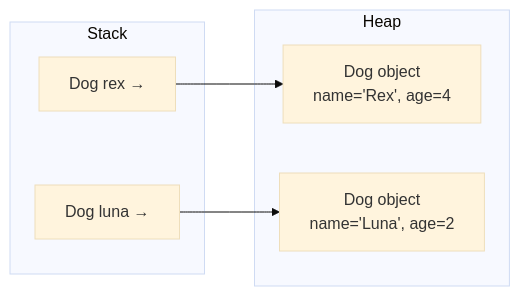
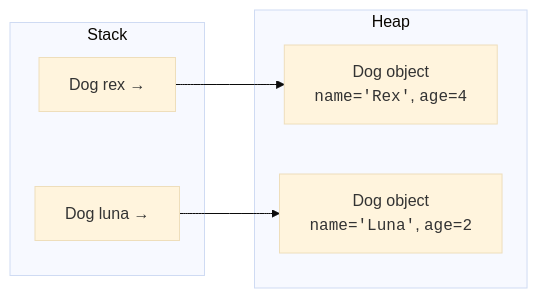
Before and after one commit to dataslope/dataslope: the second of 3 diagrams in content/learn/java-programming-for-beginners/classes-and-objects.mdx, drawn with Mermaid (base theme). The commit also changed 100 other files, not shown here.

First line of the commit message:
Wrap more code in diagram labels: filenames, hex, assignments, subgraph titles

````diff
--- a/content/learn/java-programming-for-beginners/classes-and-objects.mdx
+++ b/content/learn/java-programming-for-beginners/classes-and-objects.mdx
@@ -81,13 +81,13 @@
 ```mermaid
 flowchart LR
     subgraph stack[Stack]
         VR["Dog rex →"]
         VL["Dog luna →"]
     end
     subgraph heap[Heap]
-        OR["Dog object<br/>name='Rex', age=4"]
-        OL["Dog object<br/>name='Luna', age=2"]
+        OR["Dog object<br/><code>name='Rex'</code>, <code>age=4</code>"]
+        OL["Dog object<br/><code>name='Luna'</code>, <code>age=2</code>"]
     end
     VR --> OR
     VL --> OL
 ```
````
